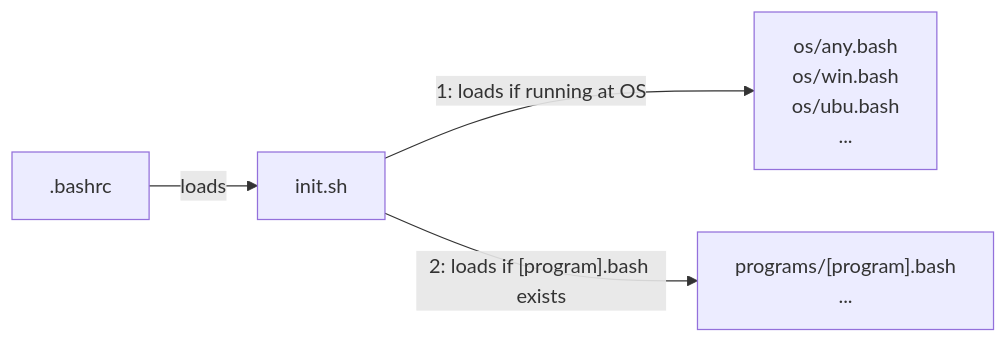
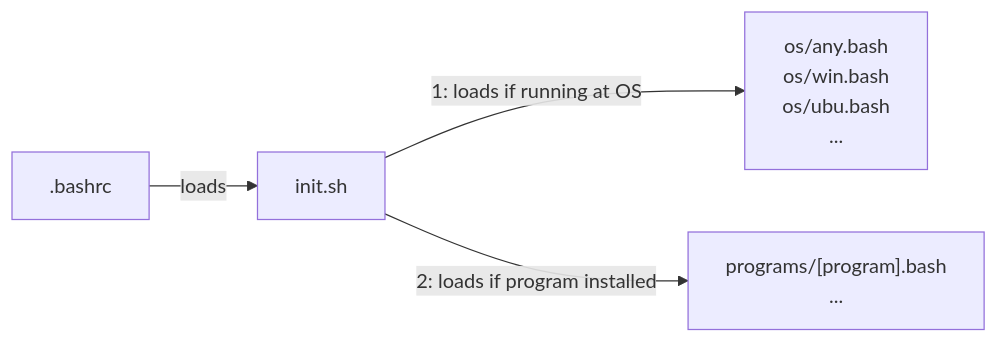
Before and after one commit to alanlivio/ps-sh-helpers: the first of 2 diagrams in README.md, drawn with Mermaid. The commit also changed other lines of this file, not shown here.

````diff
--- a/README.md
+++ b/README.md
@@ -7,21 +7,21 @@
 ```mermaid
 flowchart LR
     bashrc[".bashrc"]
     %% ps-init["init.ps1"]
     sh-init["init.sh"]
     program-dependent["
         programs/[program].bash
         ...
     "]
     OS-dependent["
         os/any.bash
         os/win.bash
         os/ubu.bash
         ...
     "]
     
     bashrc --> |"loads"| sh-init
     sh-init --> |"1: loads if running at OS"| OS-dependent
-    sh-init --> |"2: loads if [program].bash exists"| program-dependent
+    sh-init --> |"2: loads if program installed"| program-dependent
     %% sh-init --> |"3: create bash alias functions at"| ps-init
 ```
````
